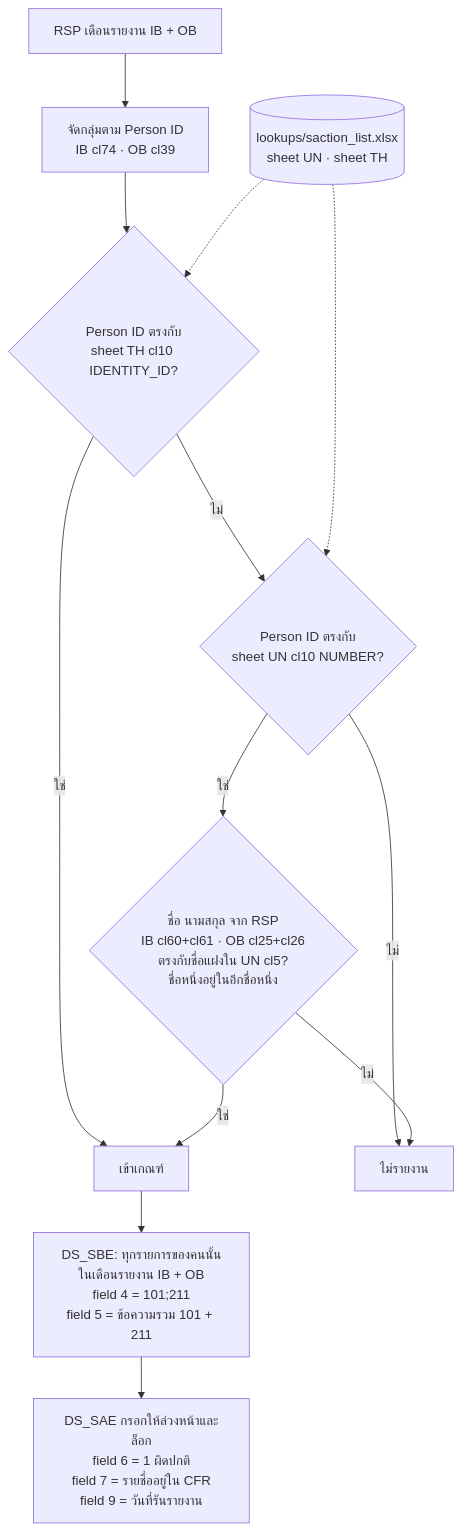
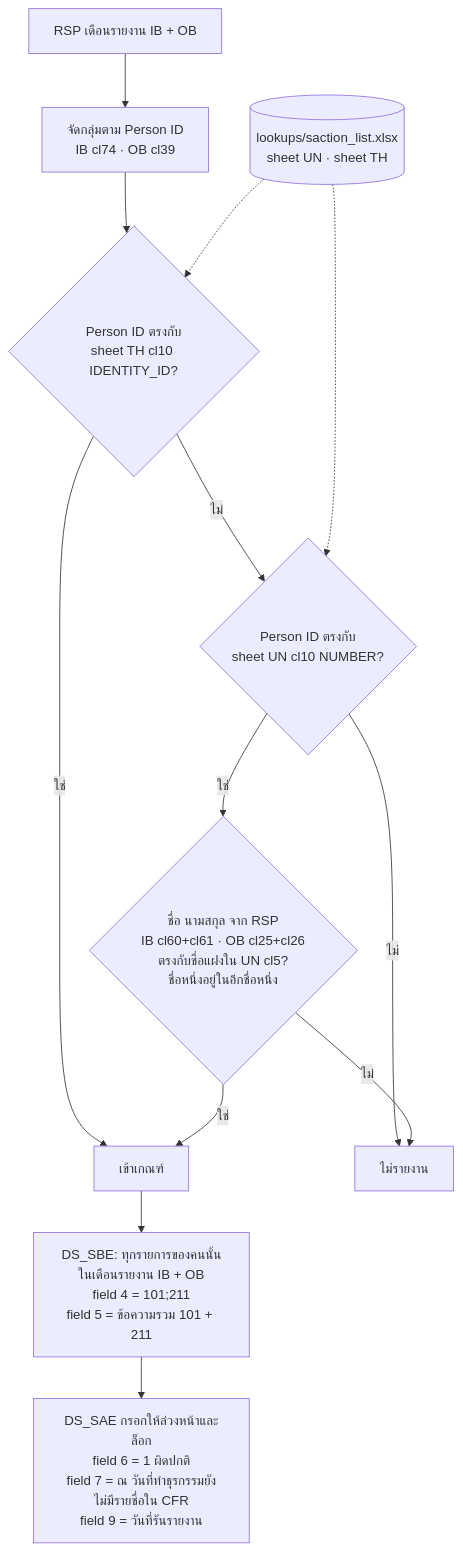
The third of 12 diagrams in .claude/usermanuals/rule-flowcharts-th.md (ArtSukasem/western-union-bot-report-2026), drawn with Mermaid before and after one commit. The commit also changed 3 other files, not shown here.

First line of the commit message:
Rule 101: reword pre-filled DS_SAE EDD reason for CFR matches

````diff
--- a/.claude/usermanuals/rule-flowcharts-th.md
+++ b/.claude/usermanuals/rule-flowcharts-th.md
@@ -51,16 +51,16 @@
 ```mermaid
 flowchart TD
     A["RSP เดือนรายงาน IB + OB"] --> B["จัดกลุ่มตาม Person ID<br/>IB cl74 · OB cl39"]
     B --> C{"Person ID ตรงกับ<br/>sheet TH cl10 IDENTITY_ID?"}
     C -- ใช่ --> HIT["เข้าเกณฑ์"]
     C -- ไม่ --> D{"Person ID ตรงกับ<br/>sheet UN cl10 NUMBER?"}
     D -- ไม่ --> NO["ไม่รายงาน"]
     D -- ใช่ --> E{"ชื่อ นามสกุล จาก RSP<br/>IB cl60+cl61 · OB cl25+cl26<br/>ตรงกับชื่อแฝงใน UN cl5?<br/>ชื่อหนึ่งอยู่ในอีกชื่อหนึ่ง"}
     E -- ใช่ --> HIT
     E -- ไม่ --> NO
     HIT --> R["DS_SBE: ทุกรายการของคนนั้นในเดือนรายงาน IB + OB<br/>field 4 = 101;211<br/>field 5 = ข้อความรวม 101 + 211"]
-    R --> S["DS_SAE กรอกให้ล่วงหน้าและล็อก<br/>field 6 = 1 ผิดปกติ<br/>field 7 = รายชื่ออยู่ใน CFR<br/>field 9 = วันที่รันรายงาน"]
+    R --> S["DS_SAE กรอกให้ล่วงหน้าและล็อก<br/>field 6 = 1 ผิดปกติ<br/>field 7 = ณ วันที่ทำธุรกรรมยังไม่มีรายชื่อใน CFR<br/>field 9 = วันที่รันรายงาน"]
 
     L1[("lookups/saction_list.xlsx<br/>sheet UN · sheet TH")] -.-> C
     L1 -.-> D
 ```
````
